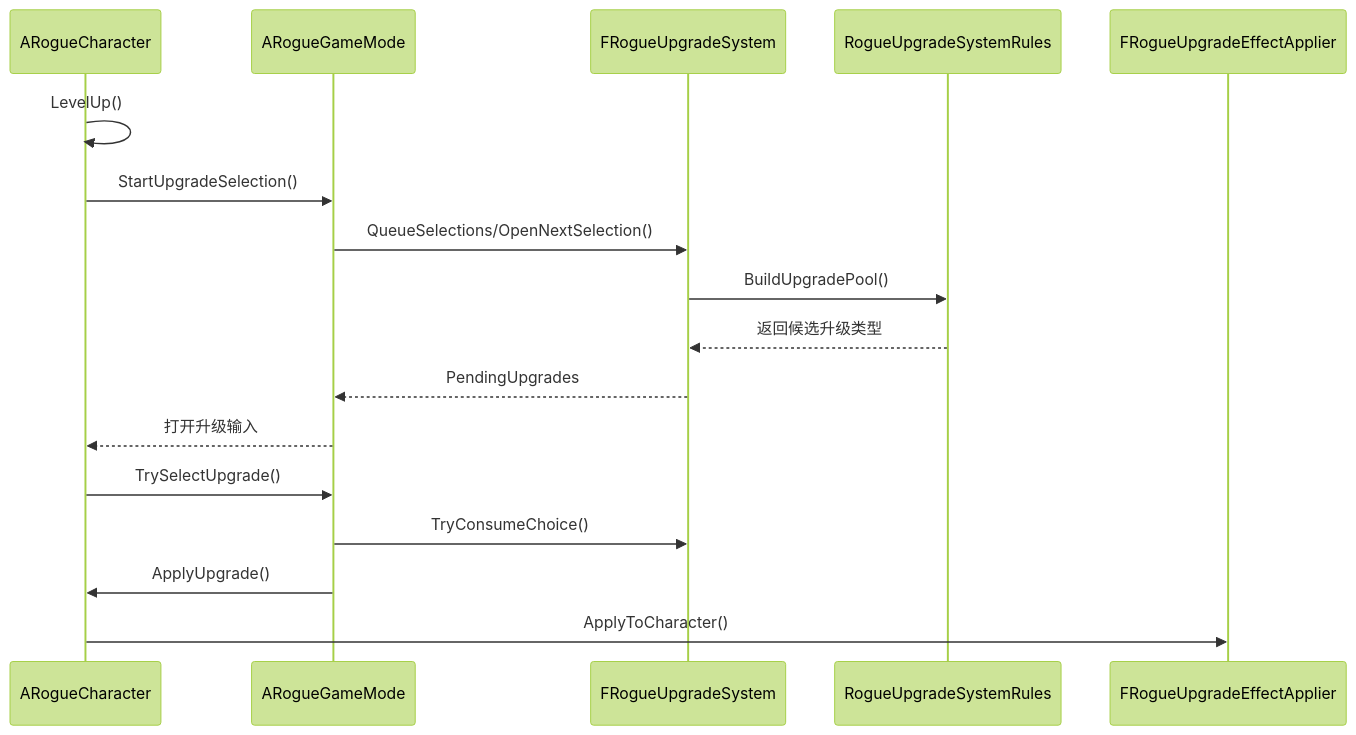
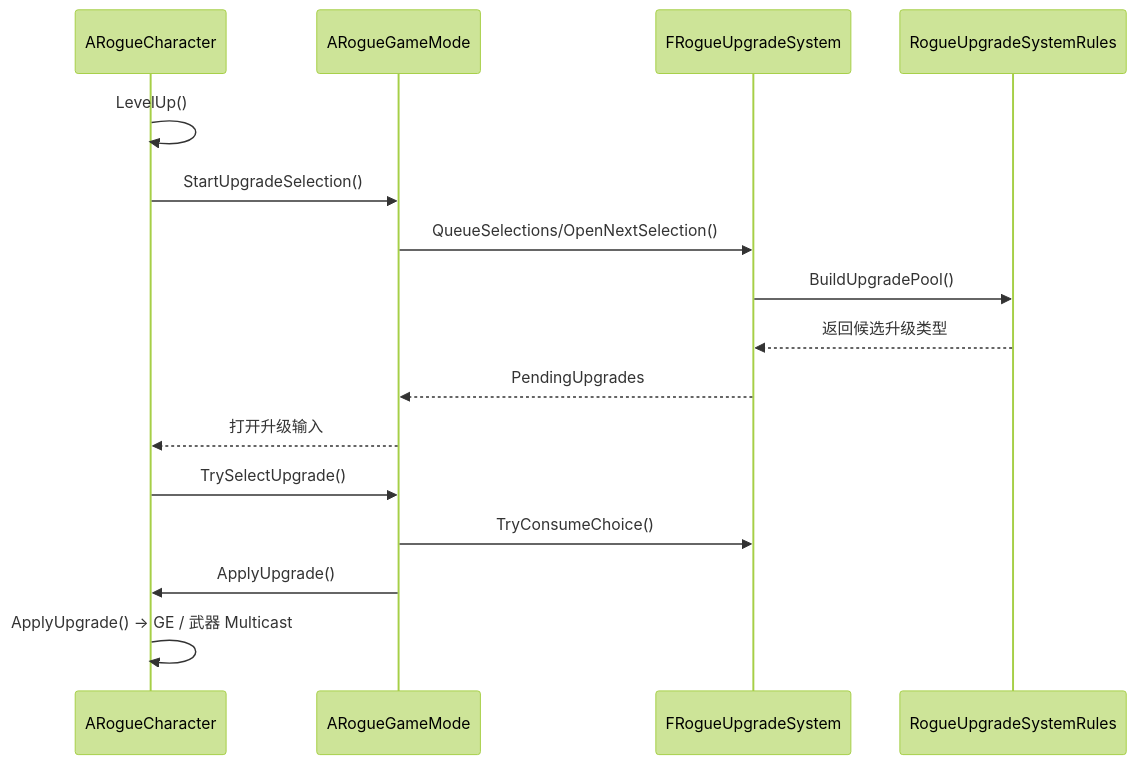
One commit to Elysiasloverly/AI- changed the fourth of 4 diagrams in Docs/System-Architecture-Overview.md. Above: the diagram before and after it, drawn with Mermaid (forest theme). The commit also changed other lines of this file and 106 other files, not shown here.

````diff
--- a/Docs/System-Architecture-Overview.md
+++ b/Docs/System-Architecture-Overview.md
@@ -851,20 +863,19 @@
 ```mermaid
 sequenceDiagram
     participant C as ARogueCharacter
     participant GM as ARogueGameMode
     participant U as FRogueUpgradeSystem
     participant Rules as RogueUpgradeSystemRules
-    participant Applier as FRogueUpgradeEffectApplier
 
     C->>C: LevelUp()
     C->>GM: StartUpgradeSelection()
     GM->>U: QueueSelections/OpenNextSelection()
     U->>Rules: BuildUpgradePool()
     Rules-->>U: 返回候选升级类型
     U-->>GM: PendingUpgrades
     GM-->>C: 打开升级输入
     C->>GM: TrySelectUpgrade()
     GM->>U: TryConsumeChoice()
     GM->>C: ApplyUpgrade()
-    C->>Applier: ApplyToCharacter()
+    C->>C: ApplyUpgrade() → GE / 武器 Multicast
 ```
````
